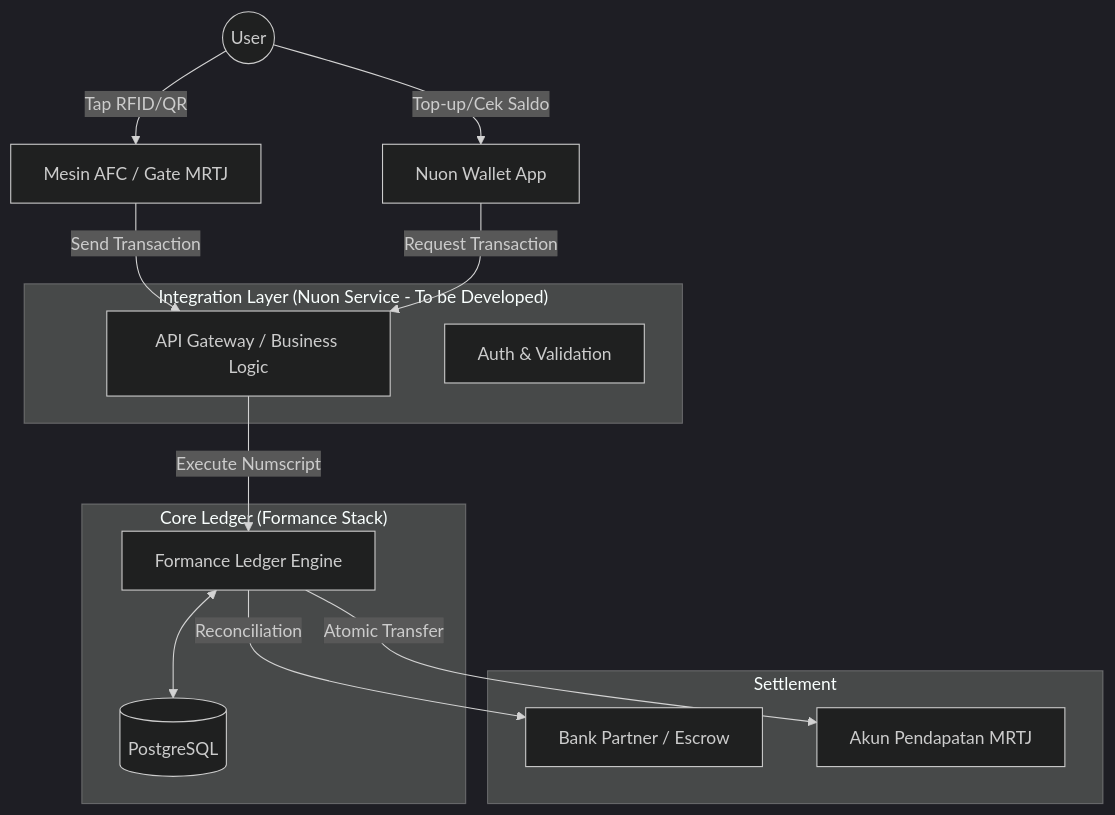
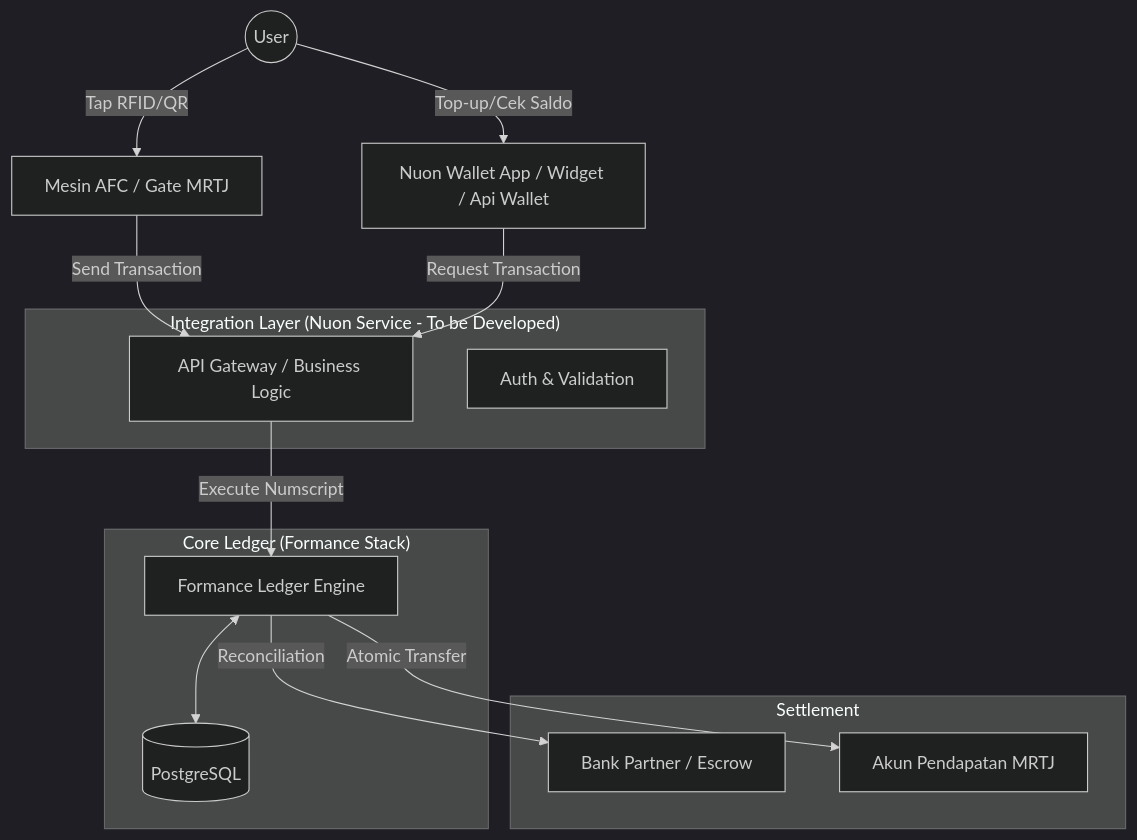
One commit to anggun-indra/formance-nuon-ecosystem changed the diagram in architecture-mrtj.md. Above: the diagram before and after it, drawn with Mermaid (dark theme).

````diff
--- a/architecture-mrtj.md
+++ b/architecture-mrtj.md
@@ -8,28 +8,28 @@
 ```mermaid
 graph TD
     User((User)) -->|Tap RFID/QR| AFC[Mesin AFC / Gate MRTJ]
-    User -->|Top-up/Cek Saldo| Wallet[Nuon Wallet App]
+    User -->|Top-up/Cek Saldo| Wallet[Nuon Wallet App / Widget / Api Wallet]
 
     subgraph "Integration Layer (Nuon Service - To be Developed)"
         API[API Gateway / Business Logic]
         Auth[Auth & Validation]
     end
 
     subgraph "Core Ledger (Formance Stack)"
         FL[Formance Ledger Engine]
         DB[(PostgreSQL)]
     end
 
     AFC -->|Send Transaction| API
     Wallet -->|Request Transaction| API
     API -->|Execute Numscript| FL
     FL <--> DB
 
     subgraph "Settlement"
         Bank[Bank Partner / Escrow]
         MRTJ[Akun Pendapatan MRTJ]
     end
 
     FL -->|Atomic Transfer| MRTJ
     FL -->|Reconciliation| Bank
 ```
````
